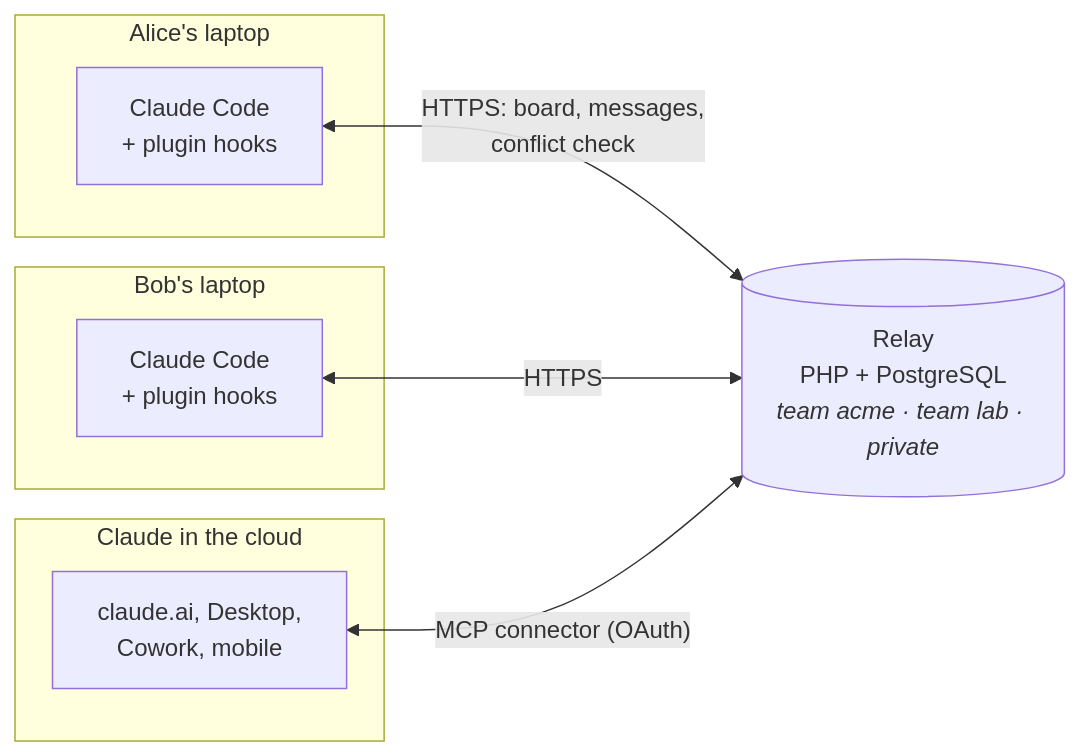
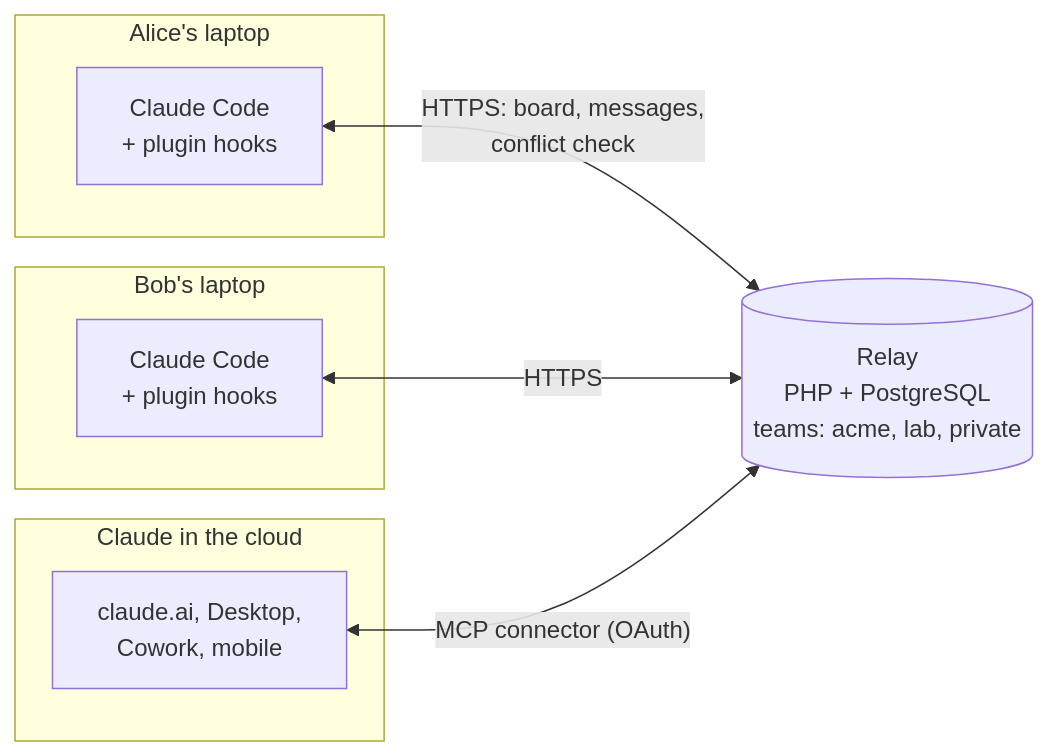
One commit to dimitrihilverda/claude-session-relay changed the diagram in README.md. Above: the diagram before and after it, drawn with Mermaid.

Commit message:
README: plain label in the diagram

````diff
--- a/README.md
+++ b/README.md
@@ -53,16 +53,16 @@
 ```mermaid
 flowchart LR
     subgraph A["Alice's laptop"]
         CA["Claude Code<br/>+ plugin hooks"]
     end
     subgraph B["Bob's laptop"]
         CB["Claude Code<br/>+ plugin hooks"]
     end
     subgraph C["Claude in the cloud"]
         CC["claude.ai, Desktop,<br/>Cowork, mobile"]
     end
-    R[("Relay<br/>PHP + PostgreSQL<br/><i>team acme · team lab · private</i>")]
+    R[("Relay<br/>PHP + PostgreSQL<br/>teams: acme, lab, private")]
     CA <-- "HTTPS: board, messages,<br/>conflict check" --> R
     CB <-- "HTTPS" --> R
     CC <-- "MCP connector (OAuth)" --> R
 ```
````
